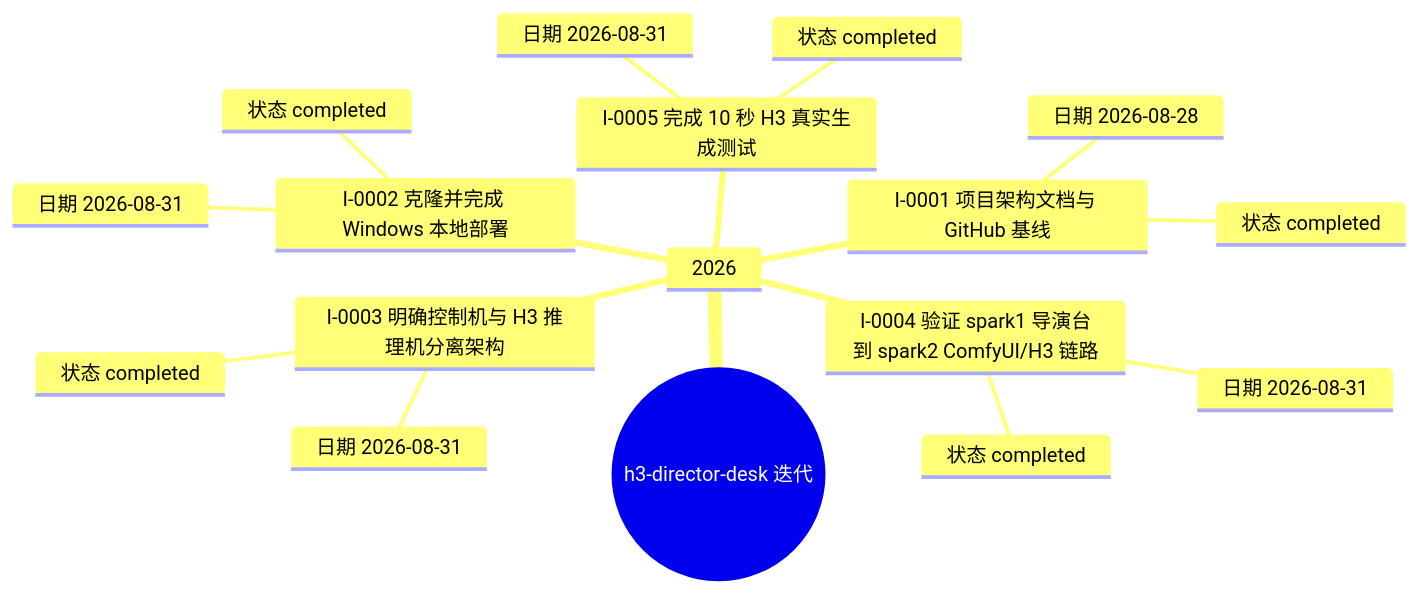
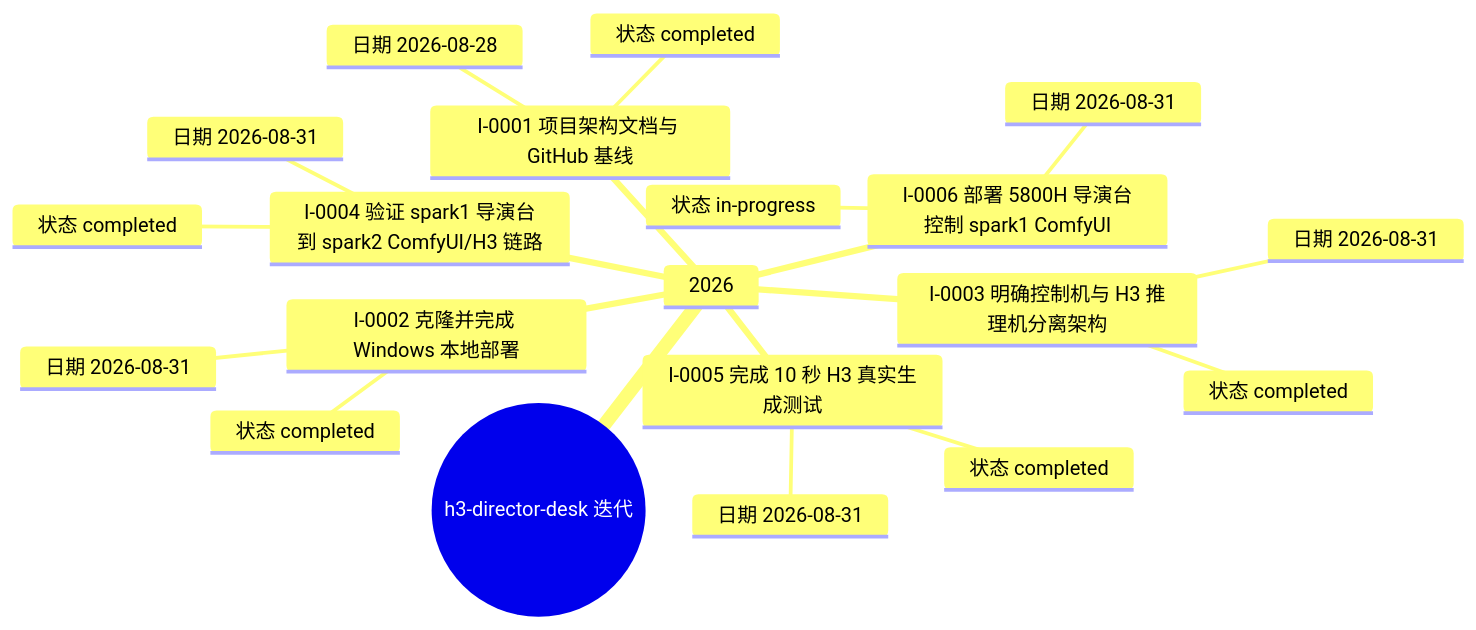
Before and after one commit to Exalex/h3-director-desk: the diagram in docs/project-evolution/mindmaps/iterations.md, drawn with Mermaid. The commit also changed other lines of this file and 7 other files, not shown here.

````diff
--- a/docs/project-evolution/mindmaps/iterations.md
+++ b/docs/project-evolution/mindmaps/iterations.md
@@ -5,20 +5,23 @@
 ```mermaid
 mindmap
   root((h3-director-desk 迭代))
     2026
       I-0001 项目架构文档与 GitHub 基线
         状态 completed
         日期 2026-08-28
       I-0002 克隆并完成 Windows 本地部署
         状态 completed
         日期 2026-08-31
       I-0003 明确控制机与 H3 推理机分离架构
         状态 completed
         日期 2026-08-31
       I-0004 验证 spark1 导演台到 spark2 ComfyUI/H3 链路
         状态 completed
         日期 2026-08-31
       I-0005 完成 10 秒 H3 真实生成测试
         状态 completed
         日期 2026-08-31
+      I-0006 部署 5800H 导演台控制 spark1 ComfyUI
+        状态 in-progress
+        日期 2026-08-31
 ```
````
